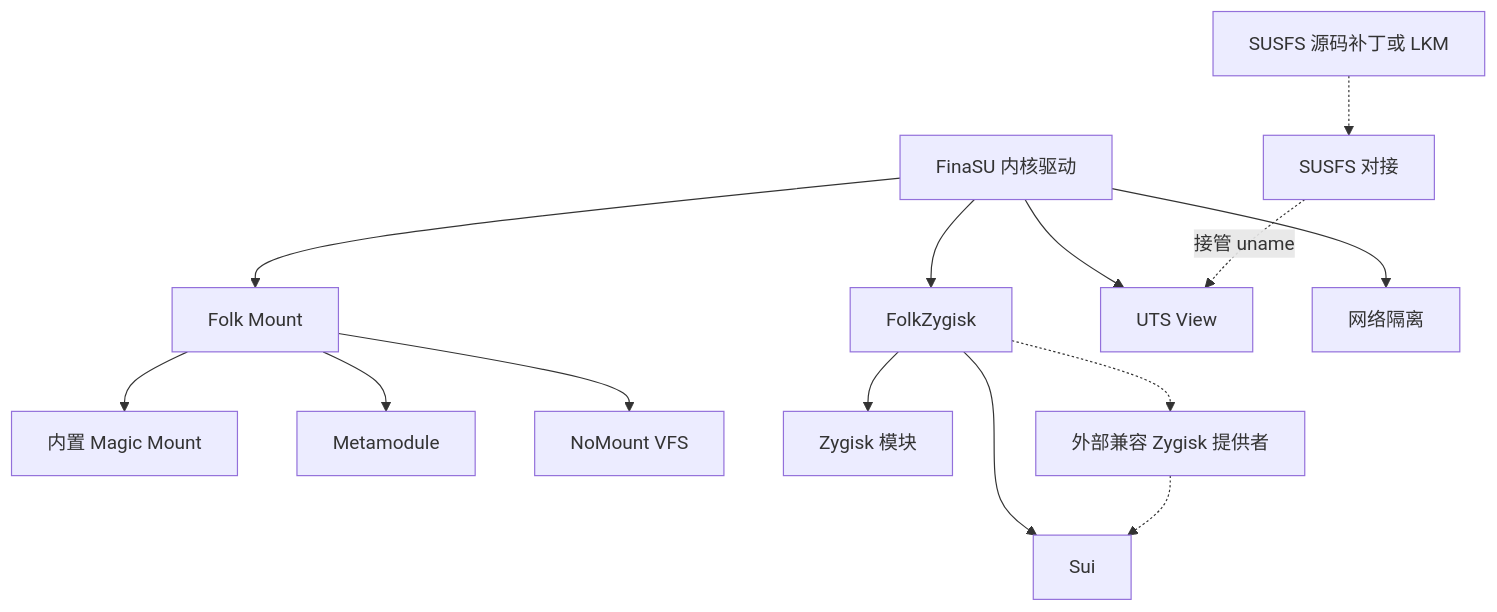
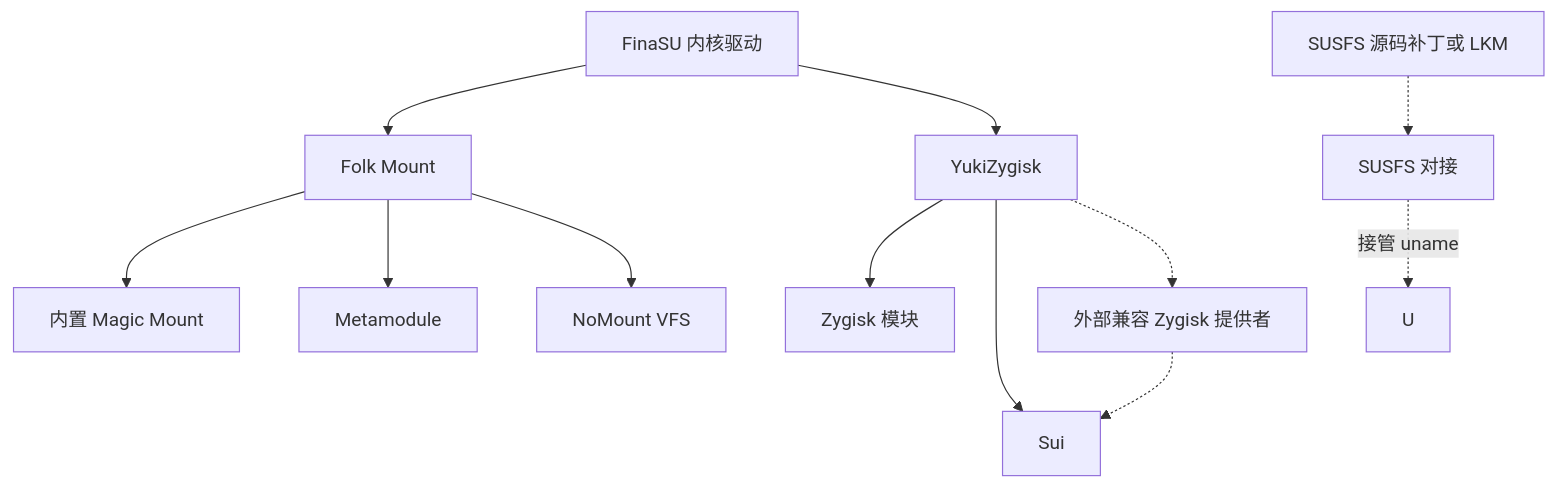
Before and after one commit to LxyaoX/FinaSU: the diagram in website/docs/builtin/README.md, drawn with Mermaid. The commit also changed other lines of this file and 135 other files, not shown here.

````diff
--- a/website/docs/builtin/README.md
+++ b/website/docs/builtin/README.md
@@ -45,19 +43,17 @@
 ```mermaid
 flowchart TD
     K["FinaSU 内核驱动"] --> M["Folk Mount"]
-    K --> Z["FolkZygisk"]
-    K --> U["UTS View"]
-    K --> N["网络隔离"]
+    K --> Z["YukiZygisk"]
 
     M --> B["内置 Magic Mount"]
     M --> MM["Metamodule"]
     M --> NM["NoMount VFS"]
 
     Z --> ZM["Zygisk 模块"]
     Z --> S["Sui"]
     Z -.-> X["外部兼容 Zygisk 提供者"]
     X -.-> S
 
     E["SUSFS 源码补丁或 LKM"] -.-> O["SUSFS 对接"]
     O -. 接管 uname .-> U
 ```
````
